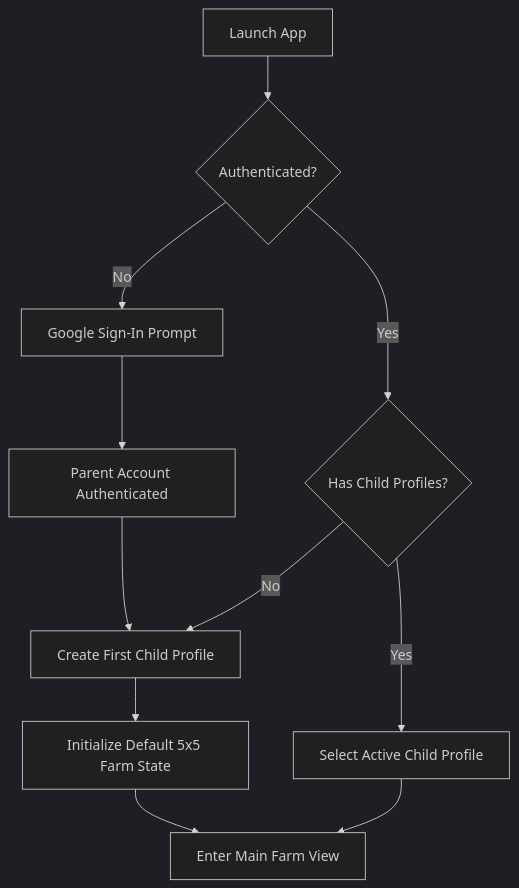
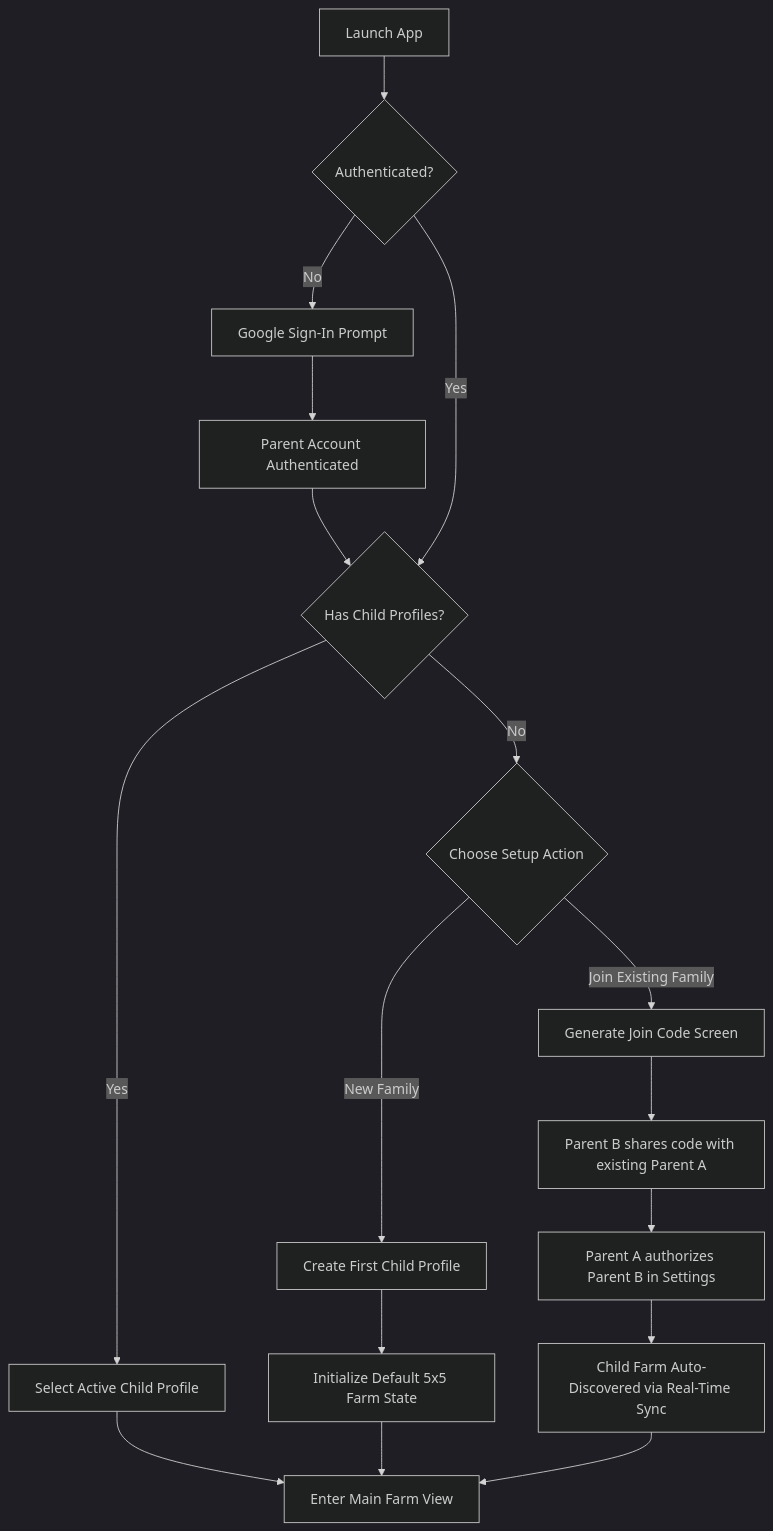
Before and after one commit to rochebit/farmspell-spec: the first of 4 diagrams in ux/user-flows.md, drawn with Mermaid (dark theme). The commit also changed other lines of this file and 2 other files, not shown here.

Commit message:
feat(ux): allow new parents to connect to existing family directly on onboarding

````diff
--- a/ux/user-flows.md
+++ b/ux/user-flows.md
@@ -10,13 +10,19 @@
 ```mermaid
 flowchart TD
     A[Launch App] --> B{Authenticated?}
     B -- No --> C[Google Sign-In Prompt]
     C --> D[Parent Account Authenticated]
     B -- Yes --> E{Has Child Profiles?}
-    D --> F[Create First Child Profile]
-    E -- No --> F
-    E -- Yes --> G[Select Active Child Profile]
-    F --> H[Initialize Default 5x5 Farm State]
-    H --> I[Enter Main Farm View]
-    G --> I
+    D --> E
+    E -- Yes --> F[Select Active Child Profile]
+    E -- No --> G{Choose Setup Action}
+    G -- New Family --> H[Create First Child Profile]
+    G -- Join Existing Family --> I[Generate Join Code Screen]
+    I --> J[Parent B shares code with existing Parent A]
+    J --> K[Parent A authorizes Parent B in Settings]
+    K --> L[Child Farm Auto-Discovered via Real-Time Sync]
+    H --> M[Initialize Default 5x5 Farm State]
+    M --> N[Enter Main Farm View]
+    F --> N
+    L --> N
 ```
````
